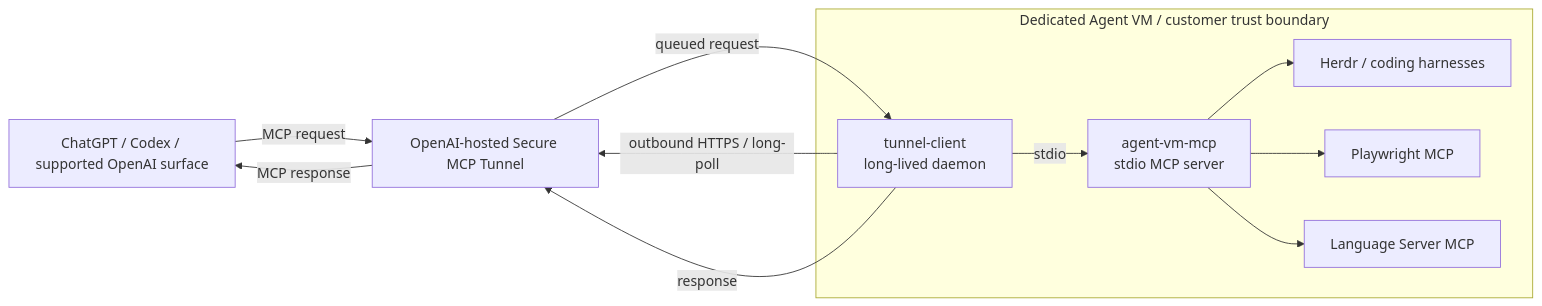
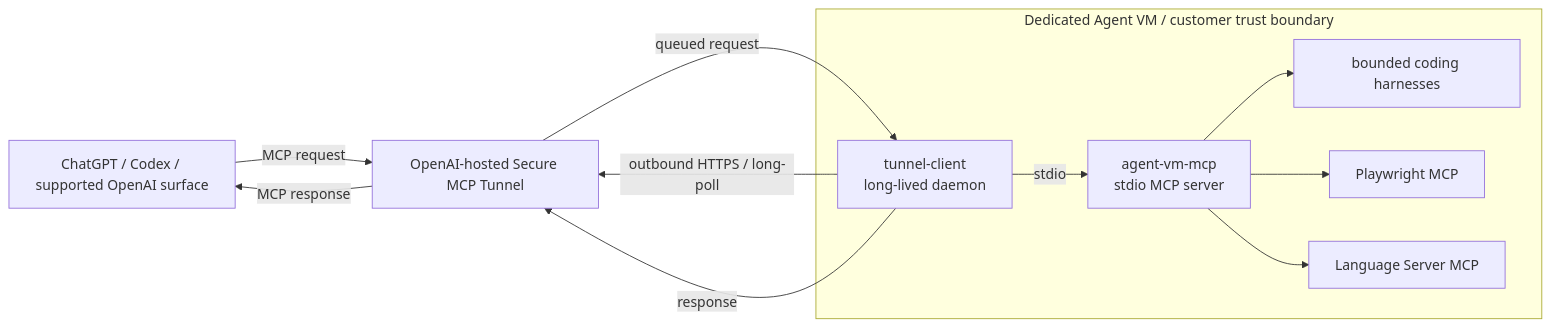
The first of 4 diagrams in docs/openai-secure-mcp-tunnel.md (DevilTea/agent-vm-mcp), drawn with Mermaid before and after one commit. The commit also changed other lines of this file and 26 other files, not shown here.

````diff
--- a/docs/openai-secure-mcp-tunnel.md
+++ b/docs/openai-secure-mcp-tunnel.md
@@ -12,24 +12,24 @@
 ```mermaid
 flowchart LR
     U[ChatGPT / Codex / supported OpenAI surface]
     O[OpenAI-hosted Secure MCP Tunnel]
 
     subgraph VM[Dedicated Agent VM / customer trust boundary]
         T[tunnel-client<br/>long-lived daemon]
         M[agent-vm-mcp<br/>stdio MCP server]
-        H[Herdr / coding harnesses]
+        H[bounded coding harnesses]
         P[Playwright MCP]
         L[Language Server MCP]
 
         T -->|stdio| M
         M --> H
         M --> P
         M --> L
     end
 
     U -->|MCP request| O
     T -->|outbound HTTPS / long-poll| O
     O -->|queued request| T
     T -->|response| O
     O -->|MCP response| U
 ```
````
